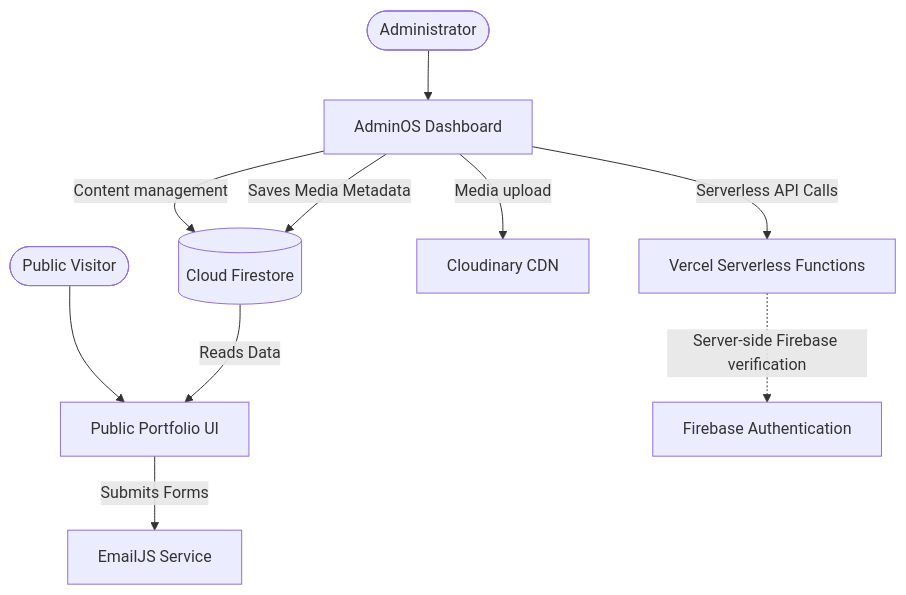
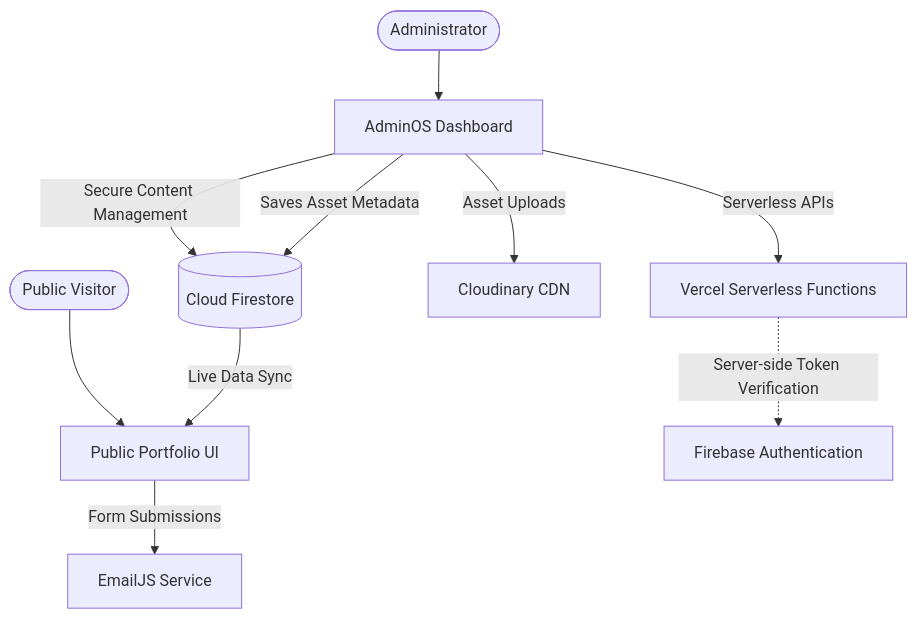
One commit to AbdelrahmanElbahnsy/Abdelrahman-Portfolio-main changed the diagram in README.md. Above: the diagram before and after it, drawn with Mermaid. The commit also changed other lines of this file and 1 other file, not shown here.

Commit message:
feat: polish AdminOS global shell

````diff
--- a/README.md
+++ b/README.md
@@ -97,15 +72,15 @@
 ```mermaid
 flowchart TD
     Visitor([Public Visitor]) --> Portfolio[Public Portfolio UI]
     Admin([Administrator]) --> AdminOS[AdminOS Dashboard]
     
-    AdminOS -->|Content management| Firestore[(Cloud Firestore)]
-    AdminOS -->|Media upload| Cloudinary[Cloudinary CDN]
-    AdminOS -->|Saves Media Metadata| Firestore
-    Firestore -->|Reads Data| Portfolio
+    AdminOS -->|Secure Content Management| Firestore[(Cloud Firestore)]
+    AdminOS -->|Asset Uploads| Cloudinary[Cloudinary CDN]
+    AdminOS -->|Saves Asset Metadata| Firestore
+    Firestore -->|Live Data Sync| Portfolio
     
-    Portfolio -->|Submits Forms| EmailJS[EmailJS Service]
+    Portfolio -->|Form Submissions| EmailJS[EmailJS Service]
     
-    AdminOS -->|Serverless API Calls| VercelAPI[Vercel Serverless Functions]
-    VercelAPI -.->|Server-side Firebase verification| FirebaseAuth[Firebase Authentication]
+    AdminOS -->|Serverless APIs| VercelAPI[Vercel Serverless Functions]
+    VercelAPI -.->|Server-side Token Verification| FirebaseAuth[Firebase Authentication]
 ```
````
